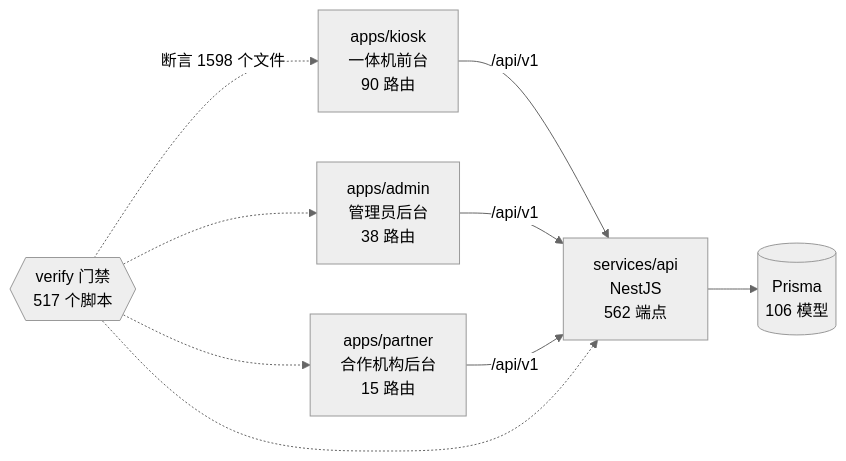
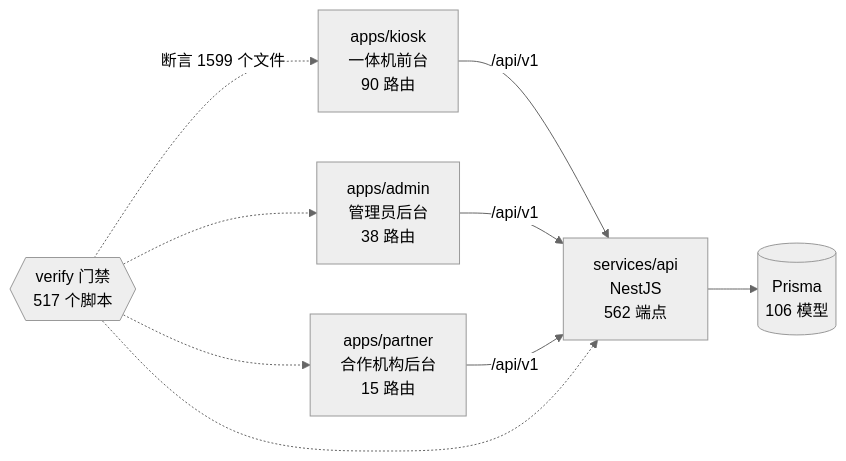
Before and after one commit to wanglei581/YITIJI: the diagram in docs/graph/README.md, drawn with Mermaid (neutral theme). The commit also changed other lines of this file and 5 other files, not shown here.

Commit message:
test(kiosk): AI 服务记录入口→预选 AI 内容投诉→按 ai_content 提交；窄屏分类两列；进度与图谱

````diff
--- a/docs/graph/README.md
+++ b/docs/graph/README.md
@@ -68,18 +68,18 @@
 ```mermaid
 flowchart LR
   kiosk["apps/kiosk<br/>一体机前台<br/>90 路由"]
   admin["apps/admin<br/>管理员后台<br/>38 路由"]
   partner["apps/partner<br/>合作机构后台<br/>15 路由"]
   api["services/api<br/>NestJS<br/>562 端点"]
   db[("Prisma<br/>106 模型")]
   gates{{"verify 门禁<br/>517 个脚本"}}
 
   kiosk -->|"/api/v1"| api
   admin -->|"/api/v1"| api
   partner -->|"/api/v1"| api
   api --> db
-  gates -.->|"断言 1598 个文件"| kiosk
+  gates -.->|"断言 1599 个文件"| kiosk
   gates -.-> admin
   gates -.-> partner
   gates -.-> api
 ```
````
